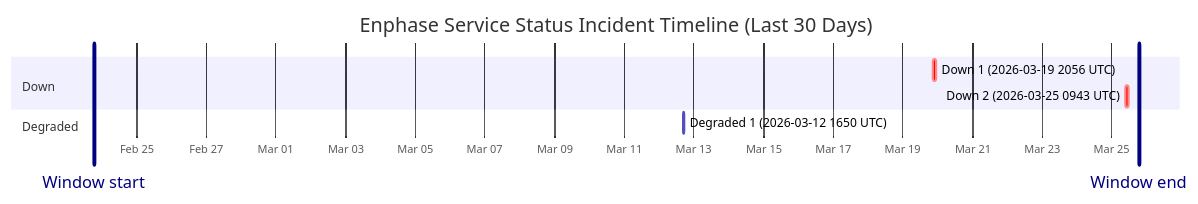
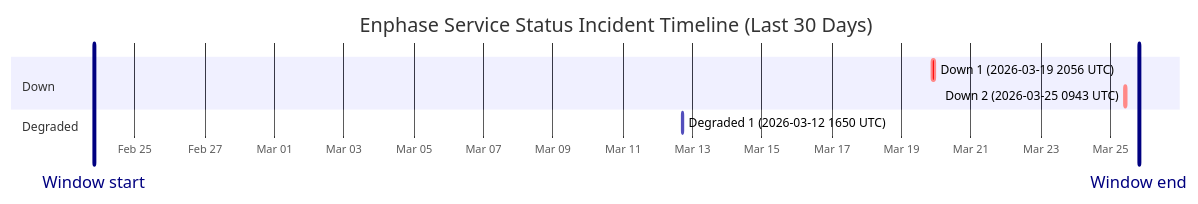
One commit to barneyonline/ha-enphase-ev-charger changed the diagram in wiki/Service-Status-History.md. Above: the diagram before and after it, drawn with Mermaid. The commit also changed other lines of this file and 3 other files, not shown here.

````diff
--- a/wiki/Service-Status-History.md
+++ b/wiki/Service-Status-History.md
@@ -14,13 +14,13 @@
 ```mermaid
 gantt
     title Enphase Service Status Incident Timeline (Last 30 Days)
     dateFormat  YYYY-MM-DDTHH:mm:ss
     axisFormat  %b %d
-    Window start :vert, window-start, 2026-02-23T18:43:34, 0ms
-    Window end :vert, window-end, 2026-03-25T18:43:34, 0ms
+    Window start :vert, window-start, 2026-02-23T19:39:47, 0ms
+    Window end :vert, window-end, 2026-03-25T19:39:47, 0ms
     section Down
     Down 1 (2026-03-19 2056 UTC) :crit, down-1, 2026-03-19T20:56:20, 145m
     Down 2 (2026-03-25 0943 UTC) :crit, down-2, 2026-03-25T09:43:28, 111m
     section Degraded
     Degraded 1 (2026-03-12 1650 UTC) :active, degraded-1, 2026-03-12T16:50:43, 60m
 ```
````
